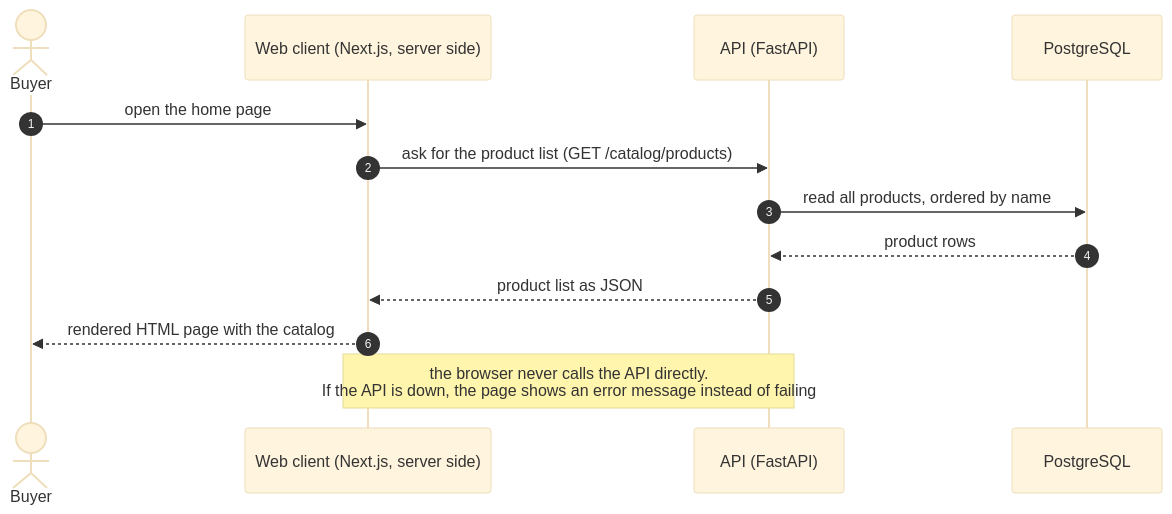
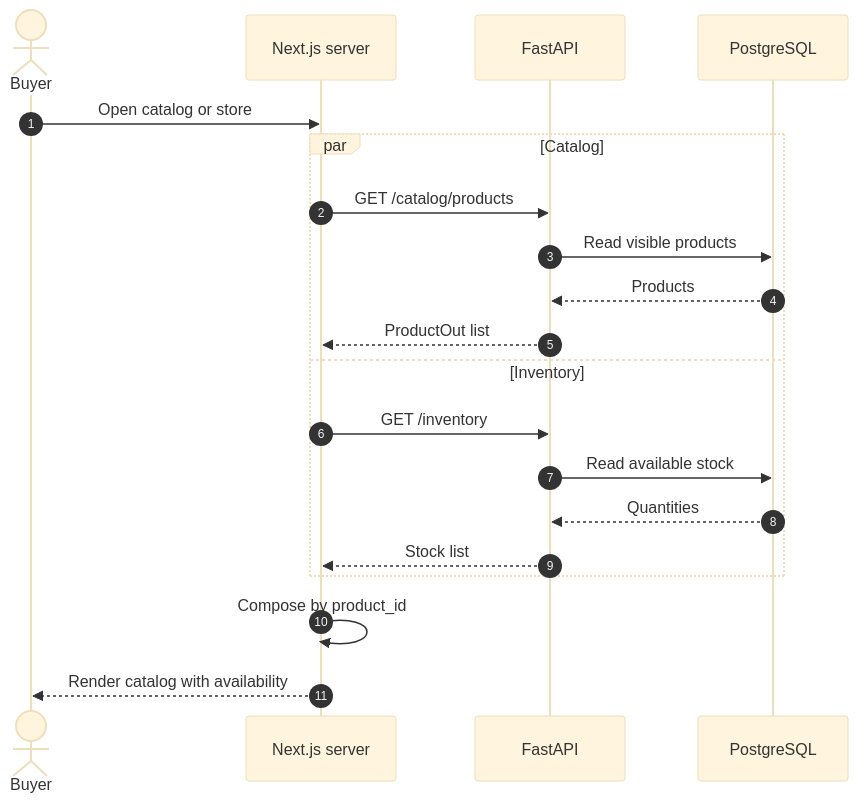
The fifth of 7 diagrams in docs/arc42/arc42-template-EN.md (ISCOUTB/AS_202620_TIENDA-VIRTUAL-UTB), drawn with Mermaid (base theme) before and after one commit. The commit also changed other lines of this file and 25 other files, not shown here.

````diff
--- a/docs/arc42/arc42-template-EN.md
+++ b/docs/arc42/arc42-template-EN.md
@@ -398,15 +402,22 @@
 ```mermaid
 sequenceDiagram
     autonumber
     actor U as Buyer
-    participant F as Web client (Next.js, server side)
-    participant A as API (FastAPI)
+    participant F as Next.js server
+    participant A as FastAPI
     participant DB as PostgreSQL
-    U->>F: open the home page
-    F->>A: ask for the product list (GET /catalog/products)
-    A->>DB: read all products, ordered by name
-    DB-->>A: product rows
-    A-->>F: product list as JSON
-    F-->>U: rendered HTML page with the catalog
-    Note over F,A: the browser never calls the API directly.<br/>If the API is down, the page shows an error message instead of failing
+    U->>F: Open catalog or store
+    par Catalog
+        F->>A: GET /catalog/products
+        A->>DB: Read visible products
+        DB-->>A: Products
+        A-->>F: ProductOut list
+    and Inventory
+        F->>A: GET /inventory
+        A->>DB: Read available stock
+        DB-->>A: Quantities
+        A-->>F: Stock list
+    end
+    F->>F: Compose by product_id
+    F-->>U: Render catalog with availability
 ```
````
